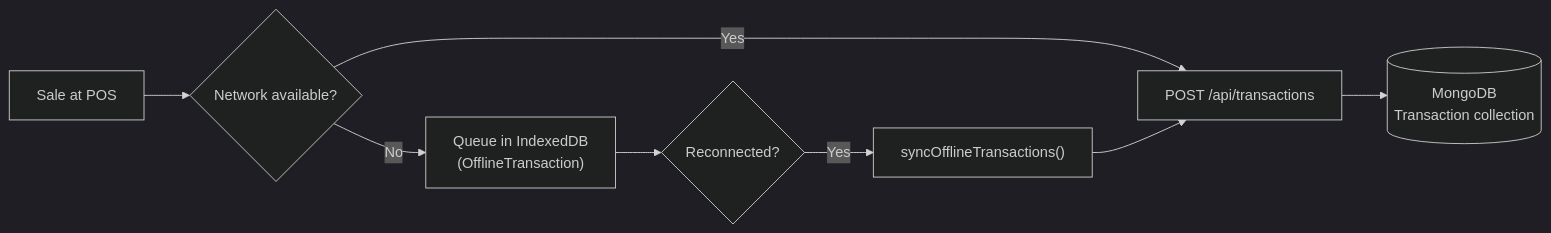
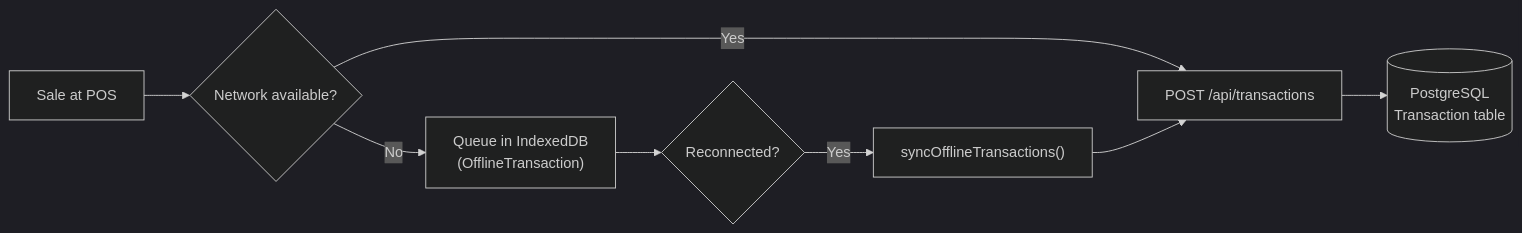
The third of 5 diagrams in docs/bir-documentation/BIR_ARCHITECTURE_DIAGRAMS.md (randy-rebucas/localpro-pos), drawn with Mermaid (dark theme) before and after one commit. The commit also changed other lines of this file and 17 other files, not shown here.

````diff
--- a/docs/bir-documentation/BIR_ARCHITECTURE_DIAGRAMS.md
+++ b/docs/bir-documentation/BIR_ARCHITECTURE_DIAGRAMS.md
@@ -85,10 +85,10 @@
 ```mermaid
 flowchart LR
     Sale["Sale at POS"] --> Online{Network available?}
     Online -- "Yes" --> Direct["POST /api/transactions"]
     Online -- "No" --> Queue["Queue in IndexedDB\n(OfflineTransaction)"]
     Queue --> Reconnect{Reconnected?}
     Reconnect -- "Yes" --> Sync["syncOfflineTransactions()"]
     Sync --> Direct
-    Direct --> DB[("MongoDB\nTransaction collection")]
+    Direct --> DB[("PostgreSQL\nTransaction table")]
 ```
````
